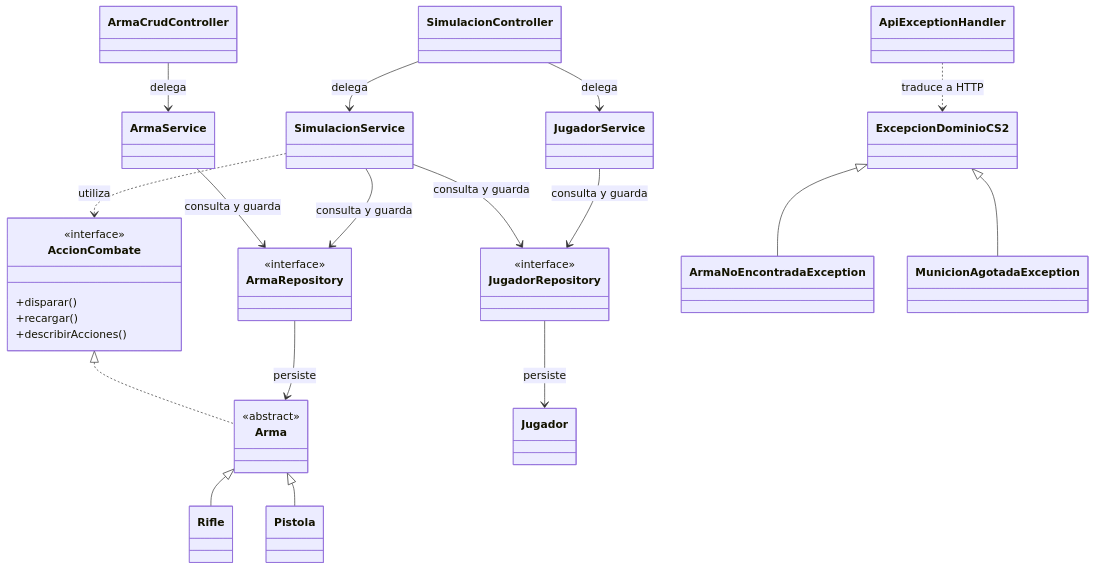
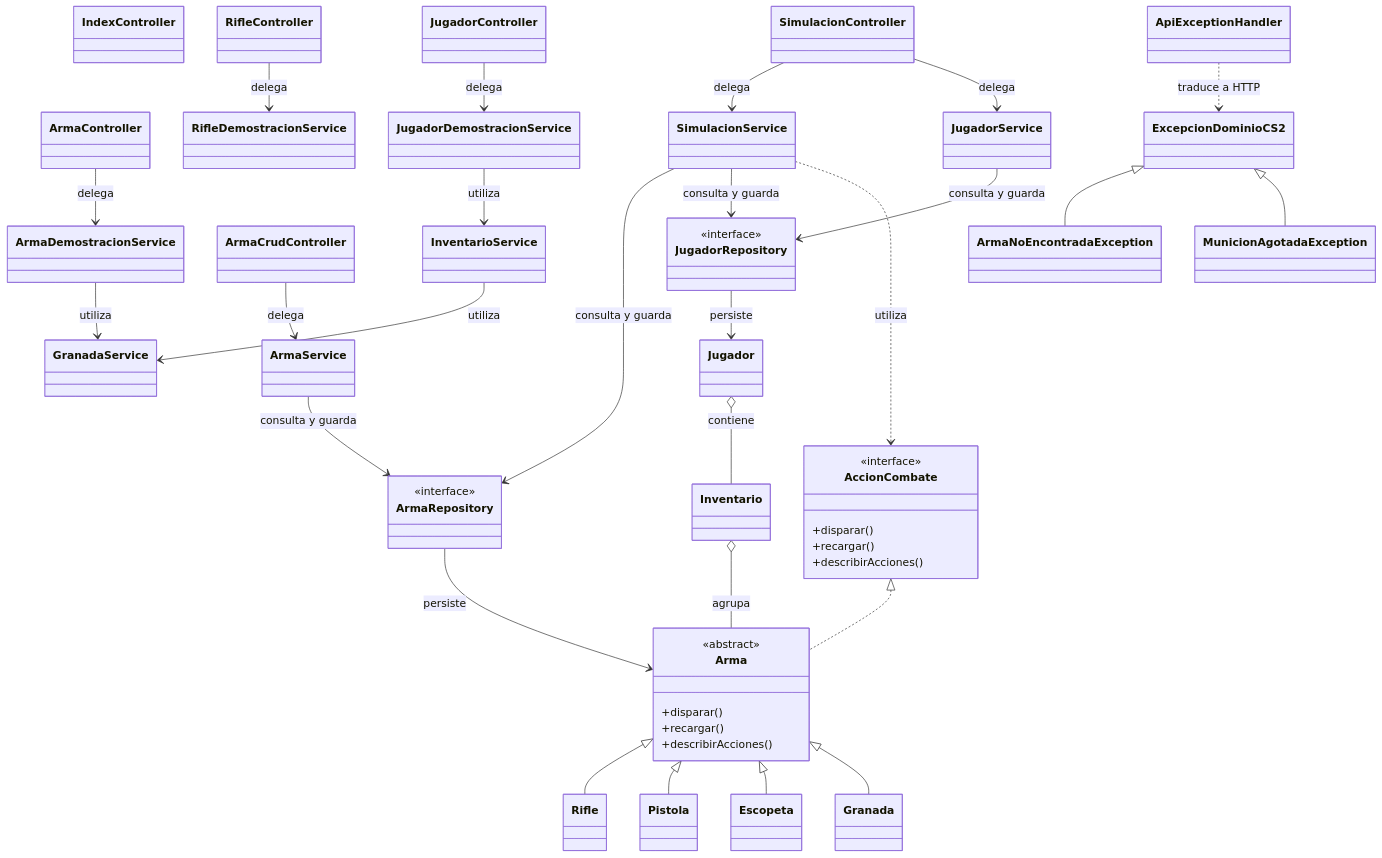
One commit to GioMonteggia/SMONTEGGIA-taller-git-2026 changed the diagram in README.md. Above: the diagram before and after it, drawn with Mermaid. The commit also changed other lines of this file, not shown here.

```diff
--- a/README.md
+++ b/README.md
@@ -202,27 +269,47 @@
 classDiagram
     class Arma {
         <<abstract>>
+        +disparar()
+        +recargar()
+        +describirAcciones()
     }
     class Rifle
     class Pistola
+    class Escopeta
+    class Granada
     class Jugador
+    class Inventario
+
     class AccionCombate {
         <<interface>>
         +disparar()
         +recargar()
         +describirAcciones()
     }
+
     class ArmaRepository {
         <<interface>>
     }
     class JugadorRepository {
         <<interface>>
     }
+
+    class IndexController
+    class ArmaController
+    class RifleController
+    class JugadorController
     class ArmaCrudController
+    class SimulacionController
+
+    class ArmaDemostracionService
+    class RifleDemostracionService
+    class JugadorDemostracionService
+    class InventarioService
+    class GranadaService
     class ArmaService
     class JugadorService
-    class SimulacionController
     class SimulacionService
+
     class ApiExceptionHandler
     class ExcepcionDominioCS2
     class ArmaNoEncontradaException
@@ -230,17 +317,34 @@
 
     Arma <|-- Rifle
     Arma <|-- Pistola
+    Arma <|-- Escopeta
+    Arma <|-- Granada
     AccionCombate <|.. Arma
+
+    Jugador o-- Inventario : contiene
+    Inventario o-- Arma : agrupa
+
     ArmaRepository --> Arma : persiste
     JugadorRepository --> Jugador : persiste
+
+    ArmaController --> ArmaDemostracionService : delega
+    RifleController --> RifleDemostracionService : delega
+    JugadorController --> JugadorDemostracionService : delega
     ArmaCrudController --> ArmaService : delega
-    ArmaService --> ArmaRepository : consulta y guarda
+
     SimulacionController --> SimulacionService : delega
     SimulacionController --> JugadorService : delega
+
+    ArmaDemostracionService --> GranadaService : utiliza
+    JugadorDemostracionService --> InventarioService : utiliza
+    InventarioService --> GranadaService : utiliza
+
+    ArmaService --> ArmaRepository : consulta y guarda
+    JugadorService --> JugadorRepository : consulta y guarda
     SimulacionService --> ArmaRepository : consulta y guarda
     SimulacionService --> JugadorRepository : consulta y guarda
-    JugadorService --> JugadorRepository : consulta y guarda
     SimulacionService ..> AccionCombate : utiliza
+
     ExcepcionDominioCS2 <|-- ArmaNoEncontradaException
     ExcepcionDominioCS2 <|-- MunicionAgotadaException
     ApiExceptionHandler ..> ExcepcionDominioCS2 : traduce a HTTP
```
